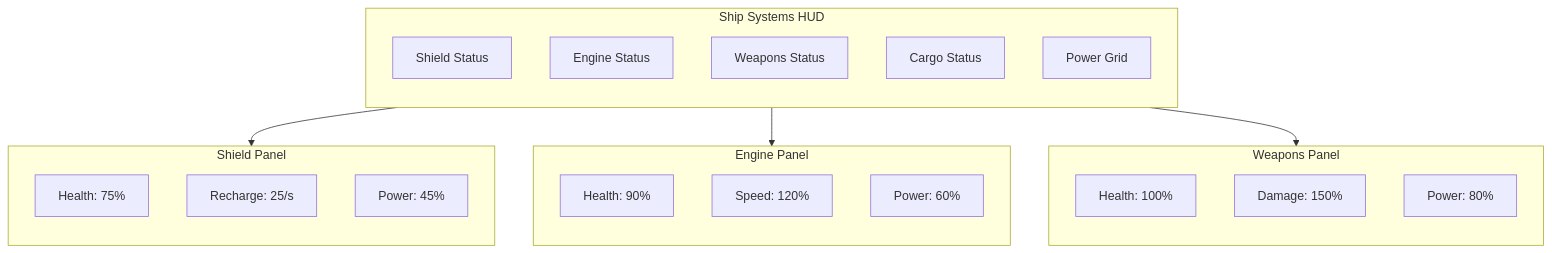
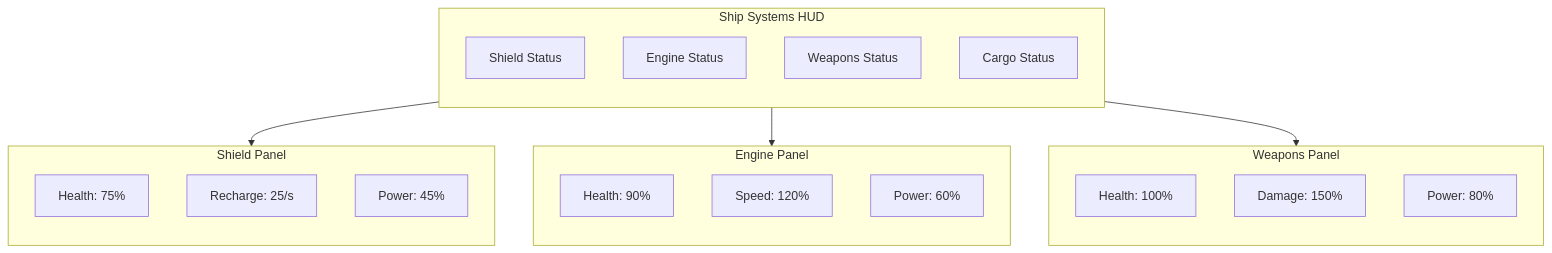
The ninth of 15 diagrams in docs/tech_design.md (thoracle/planetz), drawn with Mermaid before and after one commit. The commit also changed other lines of this file and 20 other files, not shown here.

````diff
--- a/docs/tech_design.md
+++ b/docs/tech_design.md
@@ -765,36 +761,35 @@
 ```mermaid
 graph TD
     subgraph ShipHUD[Ship Systems HUD]
         direction TB
         Shield[Shield Status]
         Engine[Engine Status]
         Weapons[Weapons Status]
         Cargo[Cargo Status]
-        Power[Power Grid]
     end
 
     subgraph ShieldPanel[Shield Panel]
         direction TB
         ShieldHealth[Health: 75%]
         ShieldRecharge[Recharge: 25/s]
         ShieldPower[Power: 45%]
     end
 
     subgraph EnginePanel[Engine Panel]
         direction TB
         EngineHealth[Health: 90%]
         EngineSpeed[Speed: 120%]
         EnginePower[Power: 60%]
     end
 
     subgraph WeaponsPanel[Weapons Panel]
         direction TB
         WeaponsHealth[Health: 100%]
         WeaponsDamage[Damage: 150%]
         WeaponsPower[Power: 80%]
     end
 
     Shield --> ShieldPanel
     Engine --> EnginePanel
     Weapons --> WeaponsPanel
 ```
````
